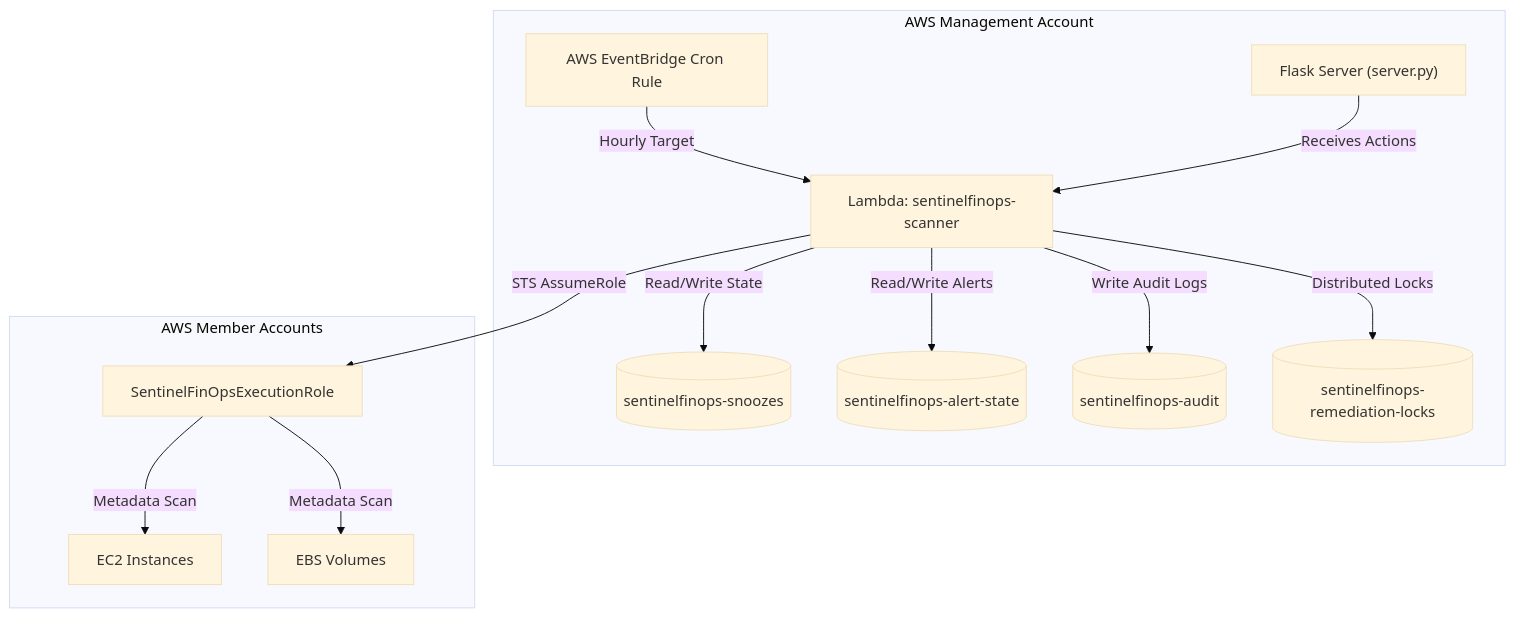
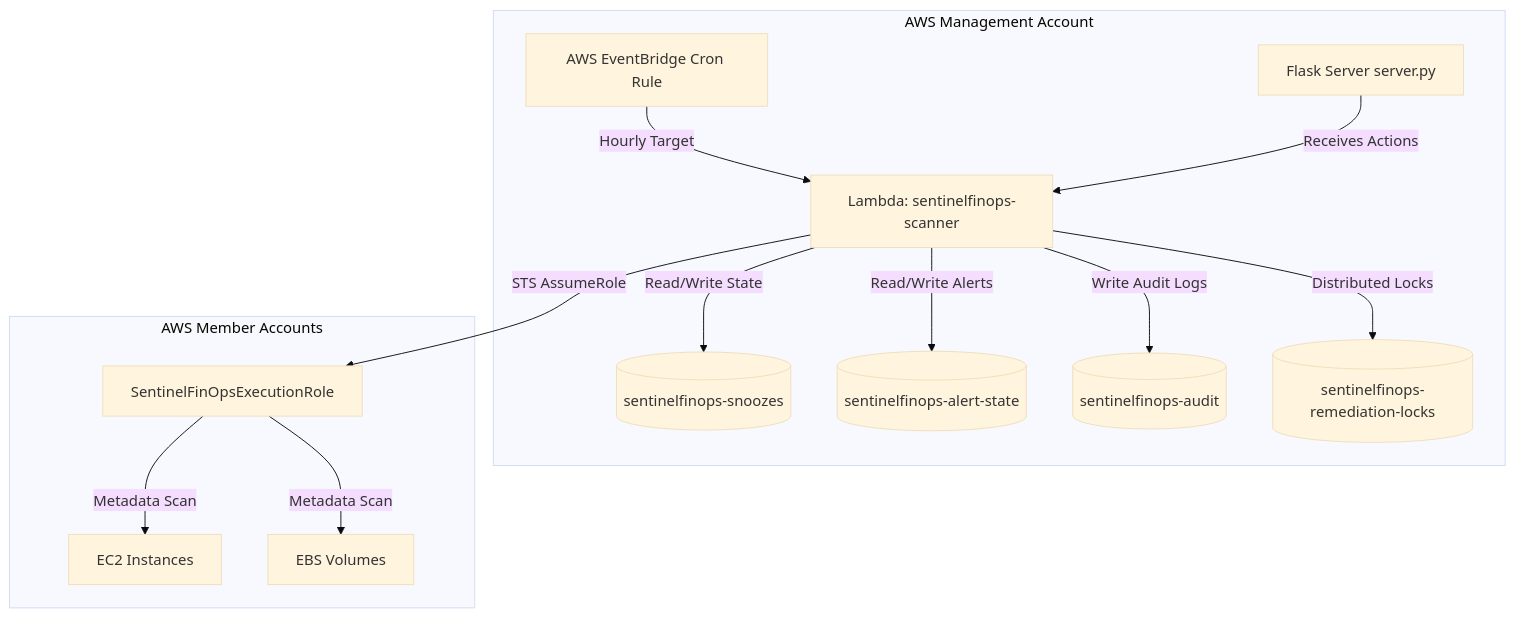
The fourth of 11 diagrams in ARCHITECTURE.md (VaishnavSreekumar/sentinelfinops), drawn with Mermaid (base theme) before and after one commit. The commit also changed other lines of this file, not shown here.

Commit message:
docs: resolve Mermaid edge label parenthesis parsing issues in ARCHITECTURE.md

````diff
--- a/ARCHITECTURE.md
+++ b/ARCHITECTURE.md
@@ -90,17 +90,17 @@
 ```mermaid
 flowchart TD
     subgraph Management["AWS Management Account"]
         EventBridge["AWS EventBridge Cron Rule"] -->|Hourly Target| LambdaScan["Lambda: sentinelfinops-scanner"]
-        FlaskServer["Flask Server (server.py)"] -->|Receives Actions| LambdaScan
+        FlaskServer["Flask Server server.py"] -->|Receives Actions| LambdaScan
         LambdaScan -->|Read/Write State| DDB_Snooze[("sentinelfinops-snoozes")]
         LambdaScan -->|Read/Write Alerts| DDB_AlertState[("sentinelfinops-alert-state")]
         LambdaScan -->|Write Audit Logs| DDB_Audit[("sentinelfinops-audit")]
         LambdaScan -->|Distributed Locks| DDB_Locks[("sentinelfinops-remediation-locks")]
     end
 
     subgraph Members["AWS Member Accounts"]
         LambdaScan -->|STS AssumeRole| TargetRole["SentinelFinOpsExecutionRole"]
         TargetRole -->|Metadata Scan| EC2["EC2 Instances"]
         TargetRole -->|Metadata Scan| EBS["EBS Volumes"]
     end
 ```
````
